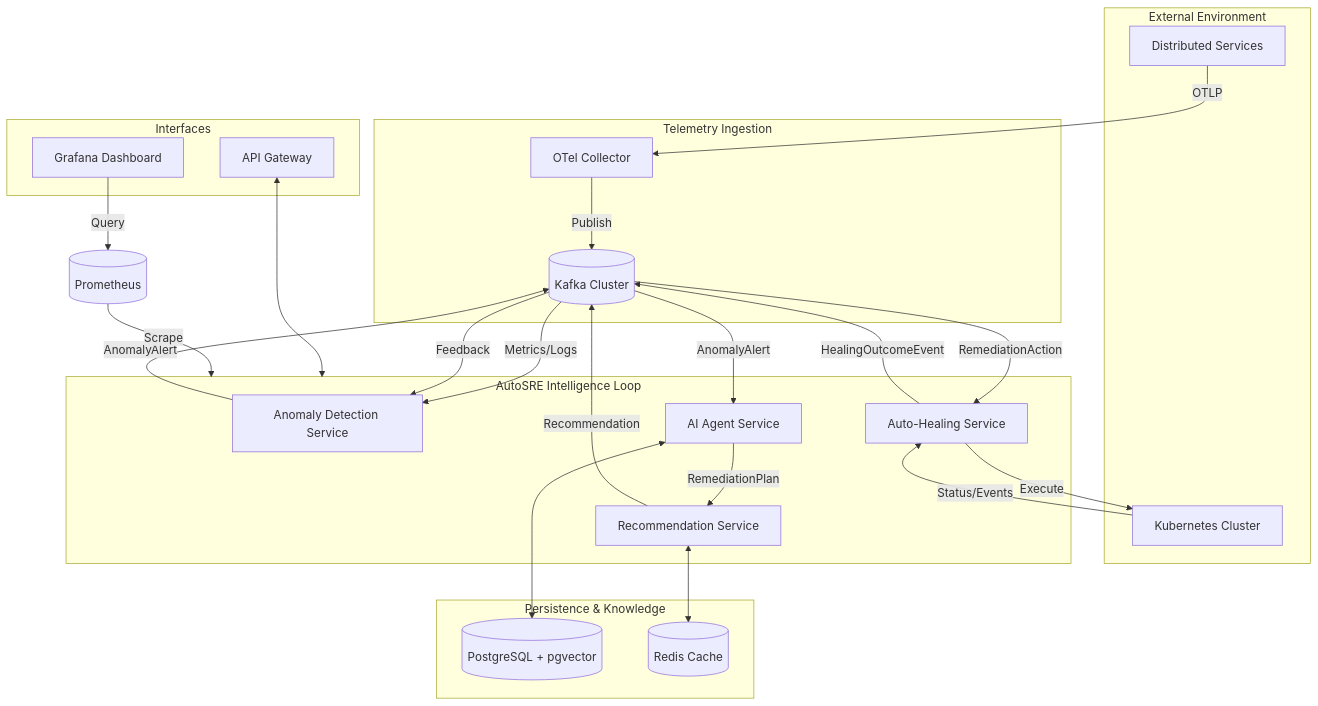
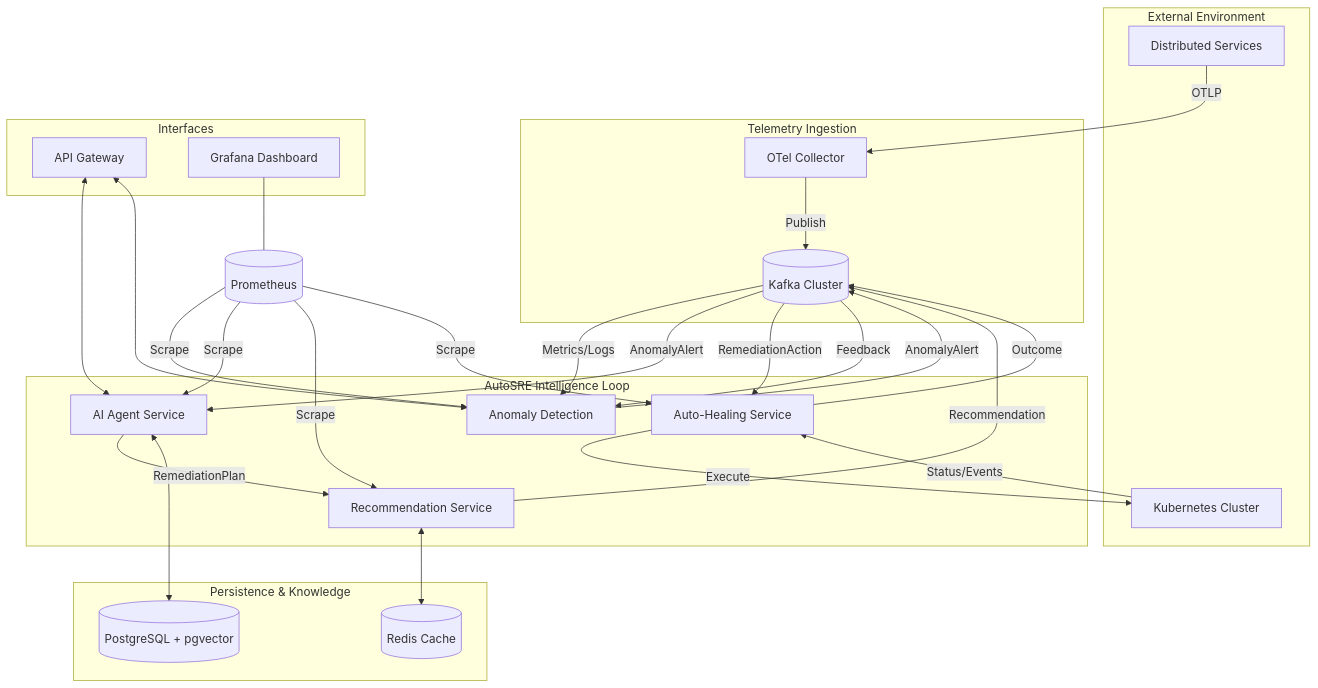
Before and after one commit to incognitoalpha/AutoSRE---Autonomous-AI-Site-Reliability-Engineer: the diagram in README.md, drawn with Mermaid. The commit also changed other lines of this file, not shown here.

Commit message:
readme updated

````diff
--- a/README.md
+++ b/README.md
@@ -14,51 +14,58 @@
 ```mermaid
 flowchart TD
     subgraph External["External Environment"]
         DS[Distributed Services]
-        K8s[Kubernetes Cluster]
+        K8S[Kubernetes Cluster]
     end
 
     subgraph Ingestion["Telemetry Ingestion"]
-        DS -- OTLP --> OTel[OTel Collector]
-        OTel -- Publish --> Kafka[(Kafka Cluster)]
+        OTel[OTel Collector]
+        Kafka[(Kafka Cluster)]
     end
 
     subgraph Core["AutoSRE Intelligence Loop"]
-        AD[Anomaly Detection Service]
+        AD[Anomaly Detection]
         AA[AI Agent Service]
         RS[Recommendation Service]
         AH[Auto-Healing Service]
     end
 
     subgraph Storage["Persistence & Knowledge"]
         DB[(PostgreSQL + pgvector)]
         RD[(Redis Cache)]
     end
 
     %% Data Flow
+    DS -- OTLP --> OTel
+    OTel -- Publish --> Kafka
+    
     Kafka -- "Metrics/Logs" --> AD
     AD -- "AnomalyAlert" --> Kafka
     Kafka -- "AnomalyAlert" --> AA
     AA -- "RemediationPlan" --> RS
     RS -- "Recommendation" --> Kafka
     Kafka -- "RemediationAction" --> AH
 
     %% Action & Feedback
-    AH -- "Execute" --> K8s
-    K8s -- "Status/Events" --> AH
-    AH -- "HealingOutcomeEvent" --> Kafka
+    AH -- "Execute" --> K8S
+    K8S -- "Status/Events" --> AH
+    AH -- "Outcome" --> Kafka
     Kafka -- "Feedback" --> AD
 
     %% RAG & Context
     AA <--> DB
     RS <--> RD
 
     subgraph Gateway["Interfaces"]
         API[API Gateway]
-        Dash[Grafana Dashboard]
+        UI[Grafana Dashboard]
     end
 
-    API <--> Core
-    Dash -- Query --> Prometheus[(Prometheus)]
-    Prometheus -- Scrape --> Core
+    API <--> AA
+    API <--> AD
+    UI --- Prom[(Prometheus)]
+    Prom -- Scrape --> AD
+    Prom -- Scrape --> AA
+    Prom -- Scrape --> RS
+    Prom -- Scrape --> AH
 ```
````
